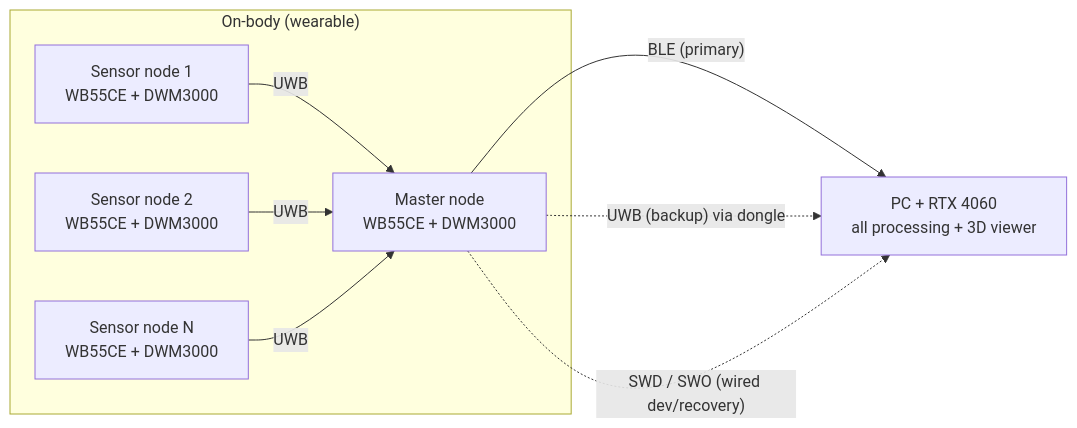
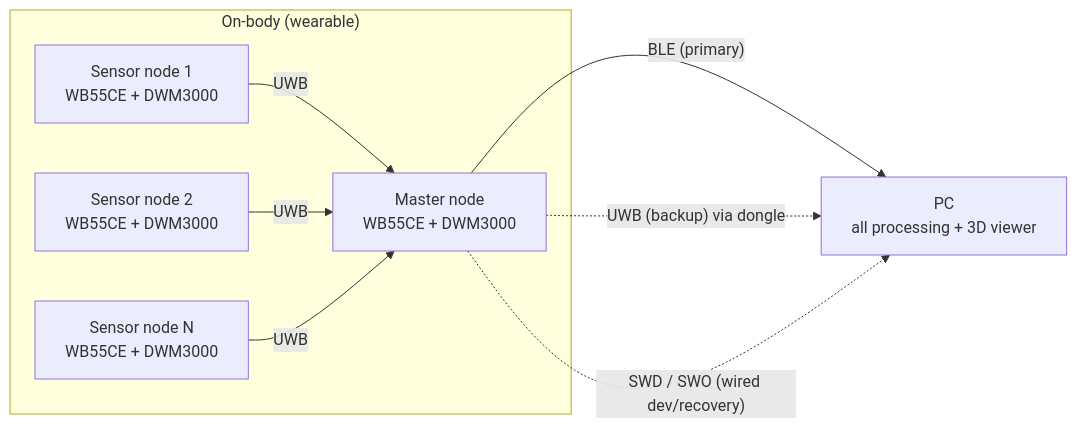
Before and after one commit to davispe1/wearable-imu: the first of 2 diagrams in README.md, drawn with Mermaid. The commit also changed other lines of this file and 7 other files, not shown here.

````diff
--- a/README.md
+++ b/README.md
@@ -56,15 +56,15 @@
 ```mermaid
 flowchart LR
     subgraph Body["On-body (wearable)"]
         N1["Sensor node 1<br/>WB55CE + DWM3000"]
         N2["Sensor node 2<br/>WB55CE + DWM3000"]
         N3["Sensor node N<br/>WB55CE + DWM3000"]
         M["Master node<br/>WB55CE + DWM3000"]
         N1 -- UWB --> M
         N2 -- UWB --> M
         N3 -- UWB --> M
     end
-    M -- "BLE (primary)" --> PC["PC + RTX 4060<br/>all processing + 3D viewer"]
+    M -- "BLE (primary)" --> PC["PC<br/>all processing + 3D viewer"]
     M -. "UWB (backup) via dongle" .-> PC
     M -. "SWD / SWO (wired dev/recovery)" .-> PC
 ```
````
